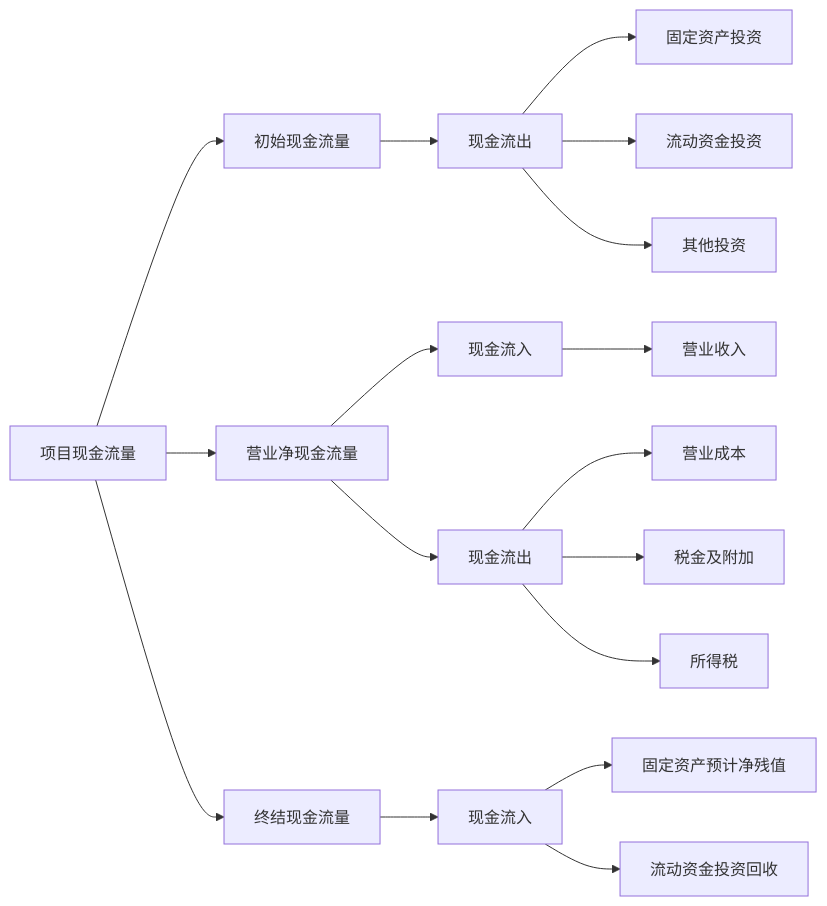
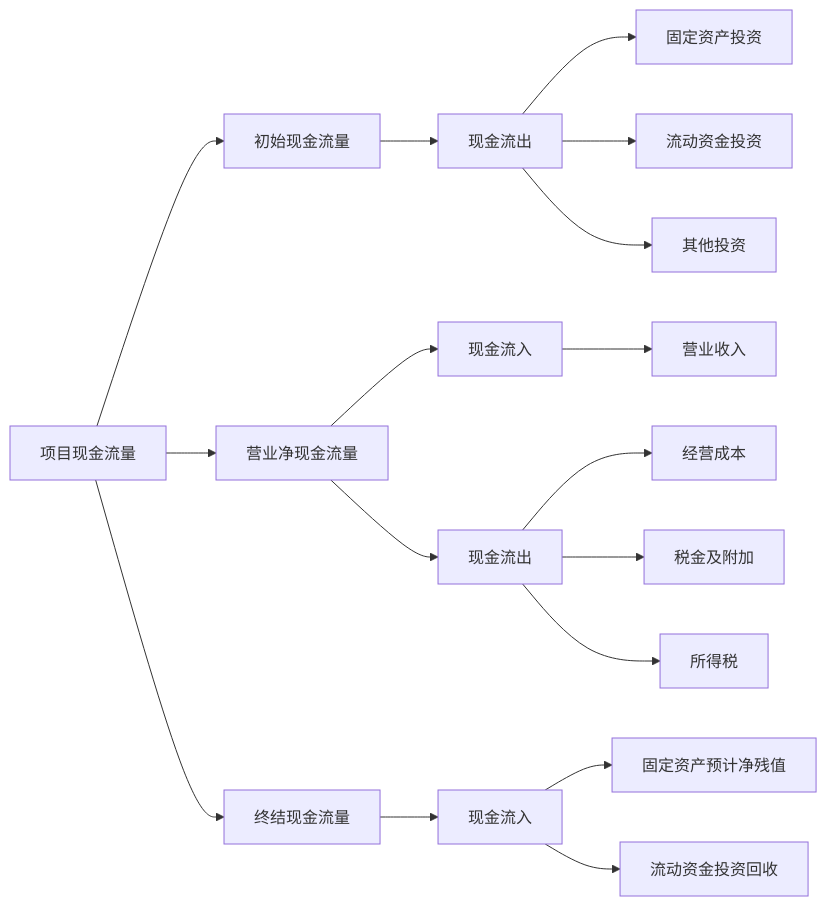
One commit to UNLINEARITY/Learn-Everything changed the second of 2 diagrams in src/site/notes/现金流量.md. Above: the diagram before and after it, drawn with Mermaid. The commit also changed other lines of this file, not shown here.

````diff
--- a/src/site/notes/现金流量.md
+++ b/src/site/notes/现金流量.md
@@ -42,11 +39,9 @@
 ```mermaid
-
 graph LR
-	项目现金流量--> 初始现金流量 & 营业净现金流量 & 终结现金流量
-	初始现金流量-->id2[现金流出]-->固定资产投资 & 流动资金投资 & 其他投资
-	营业净现金流量--> 现金流入 & 现金流出
-	现金流入-->营业收入
-	现金流出-->营业成本 & 税金及附加 & 所得税
-	终结现金流量-->id1[现金流入]-->固定资产预计净残值 & 流动资金投资回收
-	
+项目现金流量--> 初始现金流量 & 营业净现金流量 & 终结现金流量
+初始现金流量-->id2[现金流出]-->固定资产投资 & 流动资金投资 & 其他投资
+营业净现金流量--> 现金流入 & 现金流出
+现金流入-->营业收入
+现金流出-->经营成本 & 税金及附加 & 所得税
+终结现金流量-->id1[现金流入]-->固定资产预计净残值 & 流动资金投资回收
 ```
````
